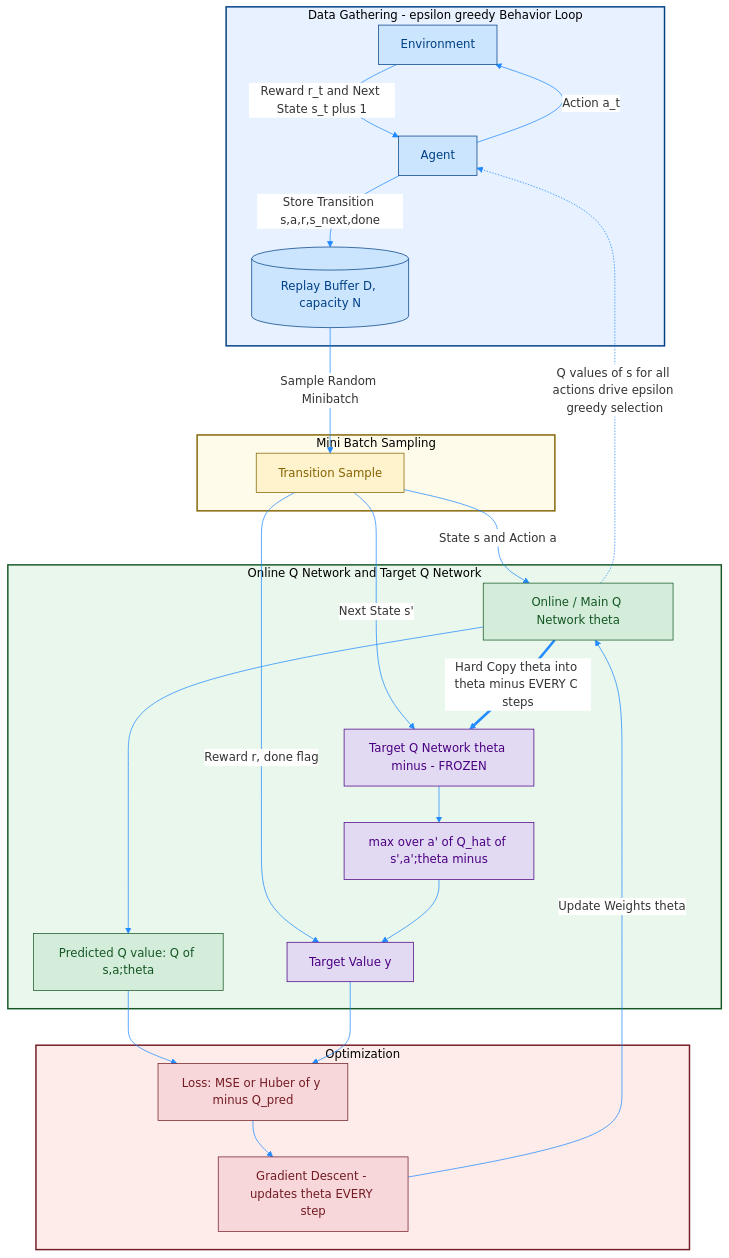
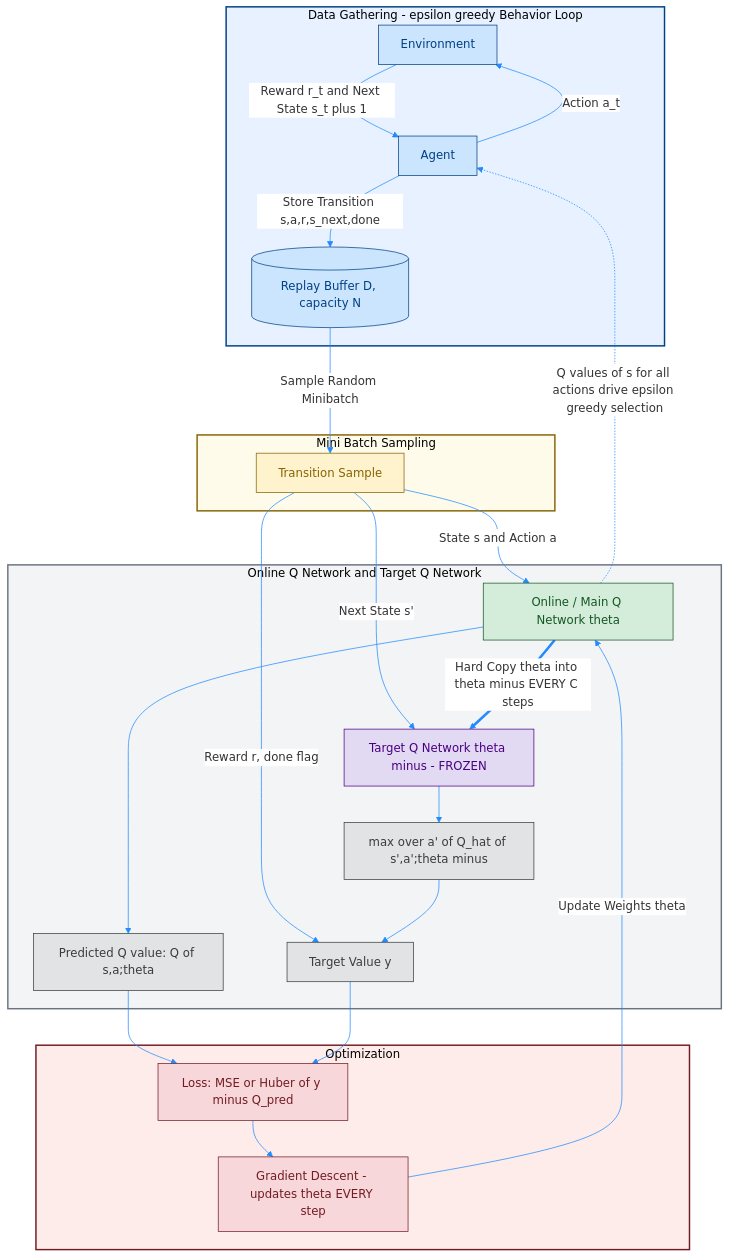
Before and after one commit to Open-Source-Robotics-For-Myanmar/rl: the first of 3 diagrams in Day81 RL python/02_Miguel Morales - Grokking Deep Reinforcement Learning/02_rl_with_dl/rom_photos/02_1_VB_DQN.md, drawn with Mermaid. The commit also changed other lines of this file and 12 other files, not shown here.

````diff
--- a/Day81 RL python/02_Miguel Morales - Grokking Deep Reinforcement Learning/02_rl_with_dl/rom_photos/02_1_VB_DQN.md
+++ b/Day81 RL python/02_Miguel Morales - Grokking Deep Reinforcement Learning/02_rl_with_dl/rom_photos/02_1_VB_DQN.md
@@ -7,50 +28,54 @@
 ```mermaid
 %%{init: {'theme': 'base', 'themeVariables': { 'primaryColor': '#ffffff', 'lineColor': '#218bff'}}}%%
 graph TD
     subgraph Phase1 [Data Gathering - epsilon greedy Behavior Loop]
         Env[Environment] -->|Reward r_t and Next State s_t plus 1| Agent[Agent]
         Agent -->|Action a_t| Env
         Agent -->|Store Transition s,a,r,s_next,done| Buffer[(Replay Buffer D, capacity N)]
     end
 
     subgraph Phase2 [Mini Batch Sampling]
         Buffer -->|Sample Random Minibatch| Batch[Transition Sample]
     end
 
     subgraph Phase3 [Online Q Network and Target Q Network]
         Batch -->|State s and Action a| Online[Online / Main Q Network theta]
         Online --> Q_pred[Predicted Q value: Q of s,a;theta]
 
         Batch -->|Next State s'| Target_Net[Target Q Network theta minus - FROZEN]
         Target_Net --> Max_Q[max over a' of Q_hat of s',a';theta minus]
         Batch -->|Reward r, done flag| Target_Y[Target Value y]
         Max_Q --> Target_Y
     end
 
     subgraph Phase4 [Optimization]
         Q_pred --> Loss[Loss: MSE or Huber of y minus Q_pred]
         Target_Y --> Loss
         Loss --> Opt[Gradient Descent - updates theta EVERY step]
         Opt -->|Update Weights theta| Online
     end
 
     Online -.->|Q values of s for all actions drive epsilon greedy selection| Agent
     Online ==>|Hard Copy theta into theta minus EVERY C steps| Target_Net
 
-    classDef dataGathering fill:#cce5ff,stroke:#004085,stroke-width:1px,color:#004085;
-    classDef sampling fill:#fff3cd,stroke:#856404,stroke-width:1px,color:#856404;
-    classDef online fill:#d4edda,stroke:#155724,stroke-width:1px,color:#155724;
-    classDef target fill:#e2d9f3,stroke:#4b0082,stroke-width:1px,color:#4b0082;
-    classDef optimization fill:#f8d7da,stroke:#721c24,stroke-width:1px,color:#721c24;
+    classDef data fill:#cce5ff,stroke:#004085,stroke-width:1px,color:#004085;
+    classDef batch fill:#fff3cd,stroke:#856404,stroke-width:1px,color:#856404;
+    classDef train fill:#f8d7da,stroke:#721c24,stroke-width:1px,color:#721c24;
+    classDef result fill:#e2e3e5,stroke:#383d41,stroke-width:1px,color:#383d41;
+    classDef onlineNetwork fill:#d4edda,stroke:#155724,stroke-width:1px,color:#155724;
+    classDef targetNetwork fill:#e2d9f3,stroke:#4b0082,stroke-width:1px,color:#4b0082;
 
-    class Env,Agent,Buffer dataGathering;
-    class Batch sampling;
-    class Online,Q_pred online;
-    class Target_Net,Max_Q,Target_Y target;
-    class Loss,Opt optimization;
+    class Env,Agent,Buffer data;
+    class Batch batch;
+    class Loss,Opt train;
+    class Q_pred,Max_Q,Target_Y result;
+    class Online onlineNetwork;
+    class Target_Net targetNetwork;
+
+
 
     style Phase1 fill:#e7f1ff,stroke:#004085,stroke-width:2px;
     style Phase2 fill:#fffbea,stroke:#856404,stroke-width:2px;
-    style Phase3 fill:#eaf7ec,stroke:#155724,stroke-width:2px;
+    style Phase3 fill:#f3f4f6,stroke:#6b7280,stroke-width:2px;
     style Phase4 fill:#fdecea,stroke:#721c24,stroke-width:2px;
 ```
````
